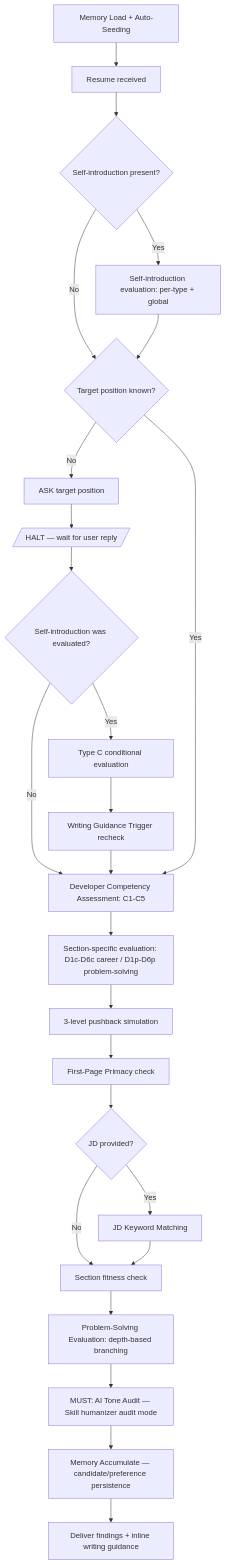
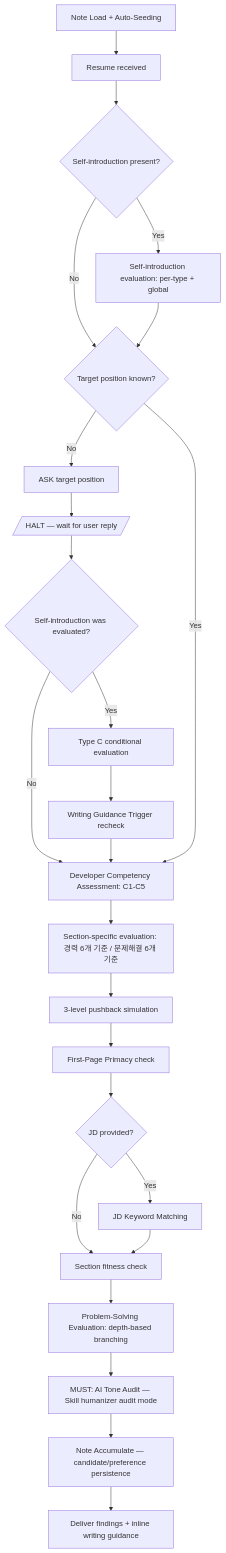
Before and after one commit to toongri/oh-my-toong-playground: the first of 2 diagrams in projects/resume-manage/skills/review-resume/SKILL.md, drawn with Mermaid. The commit also changed other lines of this file and 5 other files, not shown here.

````diff
--- a/projects/resume-manage/skills/review-resume/SKILL.md
+++ b/projects/resume-manage/skills/review-resume/SKILL.md
@@ -60,27 +61,27 @@
 ```mermaid
 flowchart TB
-    M0[Memory Load + Auto-Seeding] --> A[Resume received]
+    M0[Note Load + Auto-Seeding] --> A[Resume received]
     A --> B{Self-introduction present?}
     B -->|Yes| C[Self-introduction evaluation: per-type + global]
     B -->|No| D{Target position known?}
     C --> D
     D -->|No| E[ASK target position]
     E --> E2[/HALT — wait for user reply/]
     E2 --> F2{Self-introduction was evaluated?}
     F2 -->|Yes| F[Type C conditional evaluation]
     F2 -->|No| CA[Developer Competency Assessment: C1-C5]
     F --> F3[Writing Guidance Trigger recheck]
     F3 --> CA
     D -->|Yes| CA
-    CA --> G[Section-specific evaluation: D1c-D6c career / D1p-D6p problem-solving]
+    CA --> G[Section-specific evaluation: 경력 6개 기준 / 문제해결 6개 기준]
     G --> H[3-level pushback simulation]
     H --> I[First-Page Primacy check]
     I --> I2{JD provided?}
     I2 -->|Yes| I3[JD Keyword Matching]
     I2 -->|No| I4[Section fitness check]
     I3 --> I4
     I4 --> PS[Problem-Solving Evaluation: depth-based branching]
     PS --> O[MUST: AI Tone Audit — Skill humanizer audit mode]
-    O --> MA[Memory Accumulate — candidate/preference persistence]
+    O --> MA[Note Accumulate — candidate/preference persistence]
     MA --> N[Deliver findings + inline writing guidance]
 ```
````
